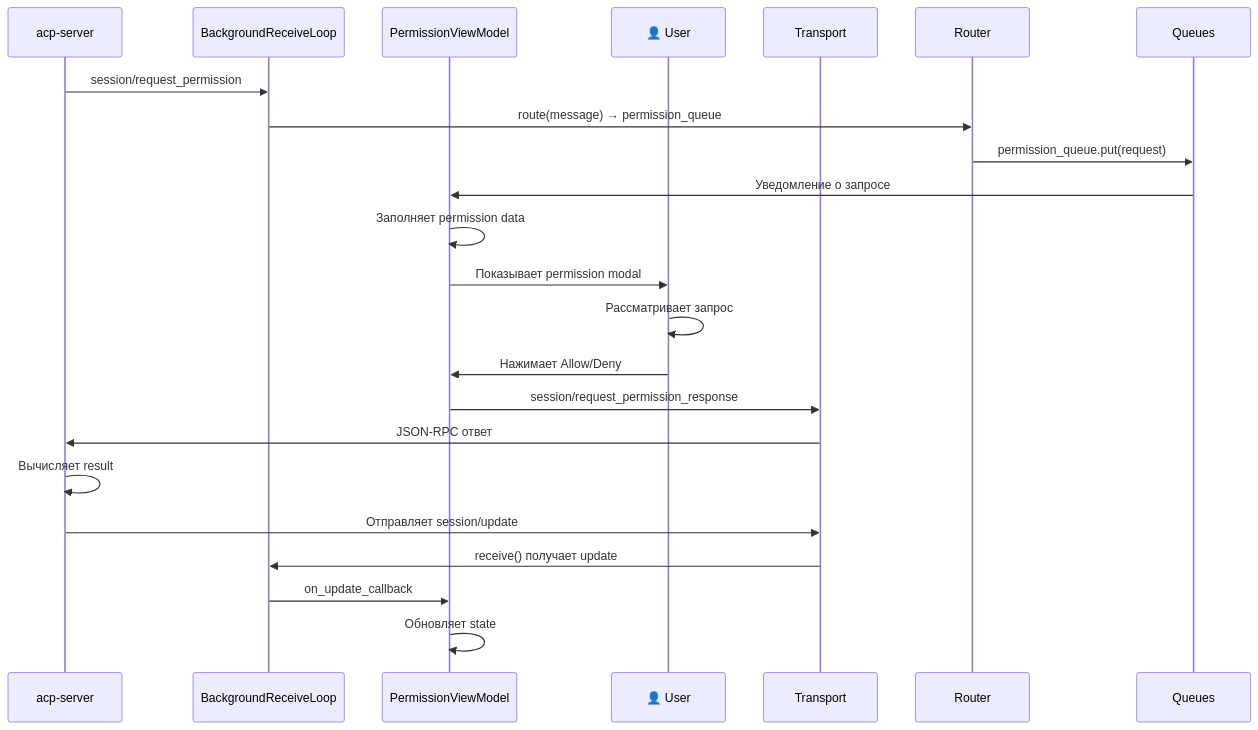
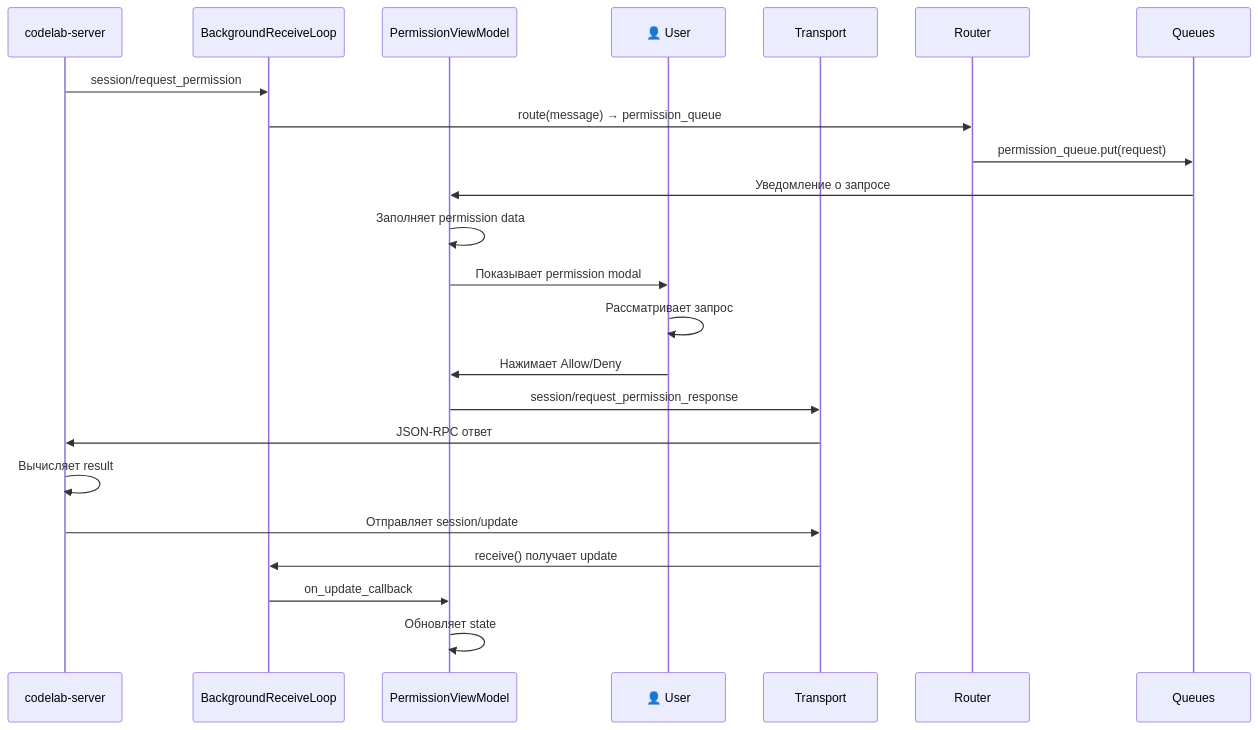
Before and after one commit to pese-git/acp-workspace: the sixth of 11 diagrams in ARCHITECTURE.md, drawn with Mermaid. The commit also changed other lines of this file and 16 other files, not shown here.

Commit message:
refactor: заменить acp-client/acp-server на codelab

````diff
--- a/ARCHITECTURE.md
+++ b/ARCHITECTURE.md
@@ -311,27 +311,27 @@
 ```mermaid
 sequenceDiagram
-    participant Server as acp-server
+    participant Server as codelab-server
     participant BgLoop as BackgroundReceiveLoop
     participant PermVM as PermissionViewModel
     participant User as 👤 User
     participant Transport
 
     Server->>BgLoop: session/request_permission
     BgLoop->>Router: route(message) → permission_queue
     Router->>Queues: permission_queue.put(request)
     Queues->>PermVM: Уведомление о запросе
     
     PermVM->>PermVM: Заполняет permission data
     PermVM->>User: Показывает permission modal
     
     User->>User: Рассматривает запрос
     User->>PermVM: Нажимает Allow/Deny
     
     PermVM->>Transport: session/request_permission_response
     Transport->>Server: JSON-RPC ответ
     Server->>Server: Вычисляет result
     Server->>Transport: Отправляет session/update
     Transport->>BgLoop: receive() получает update
     BgLoop->>PermVM: on_update_callback
     PermVM->>PermVM: Обновляет state
 ```
````
